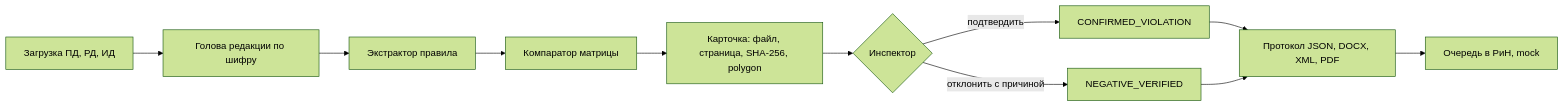
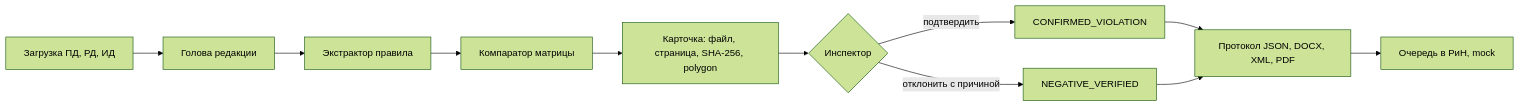
Before and after one commit to KonkovDV/Kontur: the diagram in README.md, drawn with Mermaid (forest theme). The commit also changed other lines of this file and 47 other files, not shown here.

````diff
--- a/README.md
+++ b/README.md
@@ -82,13 +93,13 @@
 ```mermaid
 flowchart LR
-    A[Загрузка ПД, РД, ИД] --> B[Голова редакции по шифру]
+    A[Загрузка ПД, РД, ИД] --> B[Голова редакции]
     B --> C[Экстрактор правила]
     C --> D[Компаратор матрицы]
     D --> E[Карточка: файл, страница, SHA-256, polygon]
     E --> F{Инспектор}
     F -->|подтвердить| G[CONFIRMED_VIOLATION]
     F -->|отклонить с причиной| H[NEGATIVE_VERIFIED]
     G --> I[Протокол JSON, DOCX, XML, PDF]
     H --> I
     I --> J[Очередь в РиН, mock]
 ```
````
